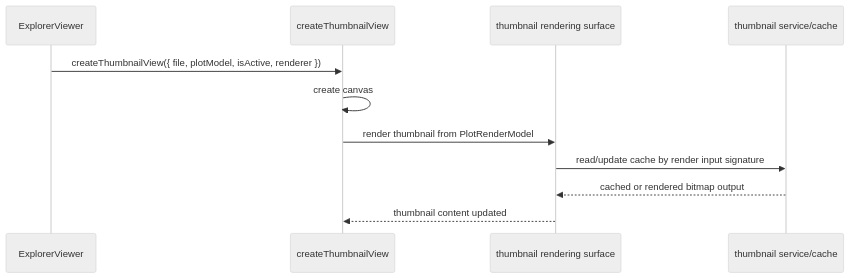
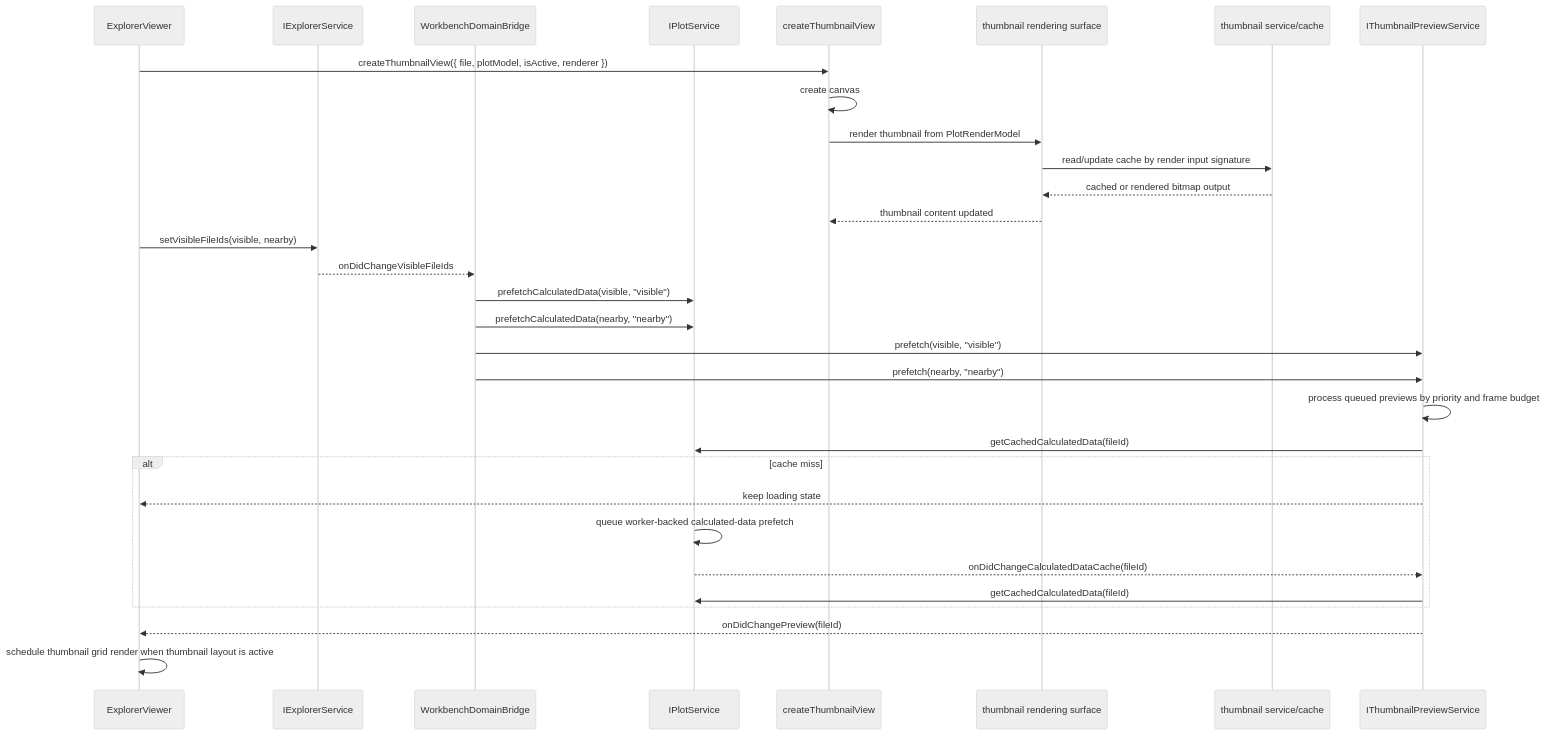
The fifth of 6 diagrams in .github/instructions/thumbnail.instructions.md (chogng/conductor), drawn with Mermaid (neutral theme) before and after one commit. The commit also changed other lines of this file and 42 other files, not shown here.

````diff
--- a/.github/instructions/thumbnail.instructions.md
+++ b/.github/instructions/thumbnail.instructions.md
@@ -173,14 +173,34 @@
 ```mermaid
 sequenceDiagram
     participant ExplorerViewer
+    participant ExplorerService as IExplorerService
+    participant DomainBridge as WorkbenchDomainBridge
+    participant Plot as IPlotService
     participant ThumbnailView as createThumbnailView
     participant ThumbnailRenderer as thumbnail rendering surface
     participant ThumbnailService as thumbnail service/cache
+    participant ThumbnailPreviewService as IThumbnailPreviewService
 
     ExplorerViewer->>ThumbnailView: createThumbnailView({ file, plotModel, isActive, renderer })
     ThumbnailView->>ThumbnailView: create canvas
     ThumbnailView->>ThumbnailRenderer: render thumbnail from PlotRenderModel
     ThumbnailRenderer->>ThumbnailService: read/update cache by render input signature
     ThumbnailService-->>ThumbnailRenderer: cached or rendered bitmap output
     ThumbnailRenderer-->>ThumbnailView: thumbnail content updated
+    ExplorerViewer->>ExplorerService: setVisibleFileIds(visible, nearby)
+    ExplorerService-->>DomainBridge: onDidChangeVisibleFileIds
+    DomainBridge->>Plot: prefetchCalculatedData(visible, "visible")
+    DomainBridge->>Plot: prefetchCalculatedData(nearby, "nearby")
+    DomainBridge->>ThumbnailPreviewService: prefetch(visible, "visible")
+    DomainBridge->>ThumbnailPreviewService: prefetch(nearby, "nearby")
+    ThumbnailPreviewService->>ThumbnailPreviewService: process queued previews by priority and frame budget
+    ThumbnailPreviewService->>Plot: getCachedCalculatedData(fileId)
+    alt cache miss
+        ThumbnailPreviewService-->>ExplorerViewer: keep loading state
+        Plot->>Plot: queue worker-backed calculated-data prefetch
+        Plot-->>ThumbnailPreviewService: onDidChangeCalculatedDataCache(fileId)
+        ThumbnailPreviewService->>Plot: getCachedCalculatedData(fileId)
+    end
+    ThumbnailPreviewService-->>ExplorerViewer: onDidChangePreview(fileId)
+    ExplorerViewer->>ExplorerViewer: schedule thumbnail grid render when thumbnail layout is active
 ```
````
